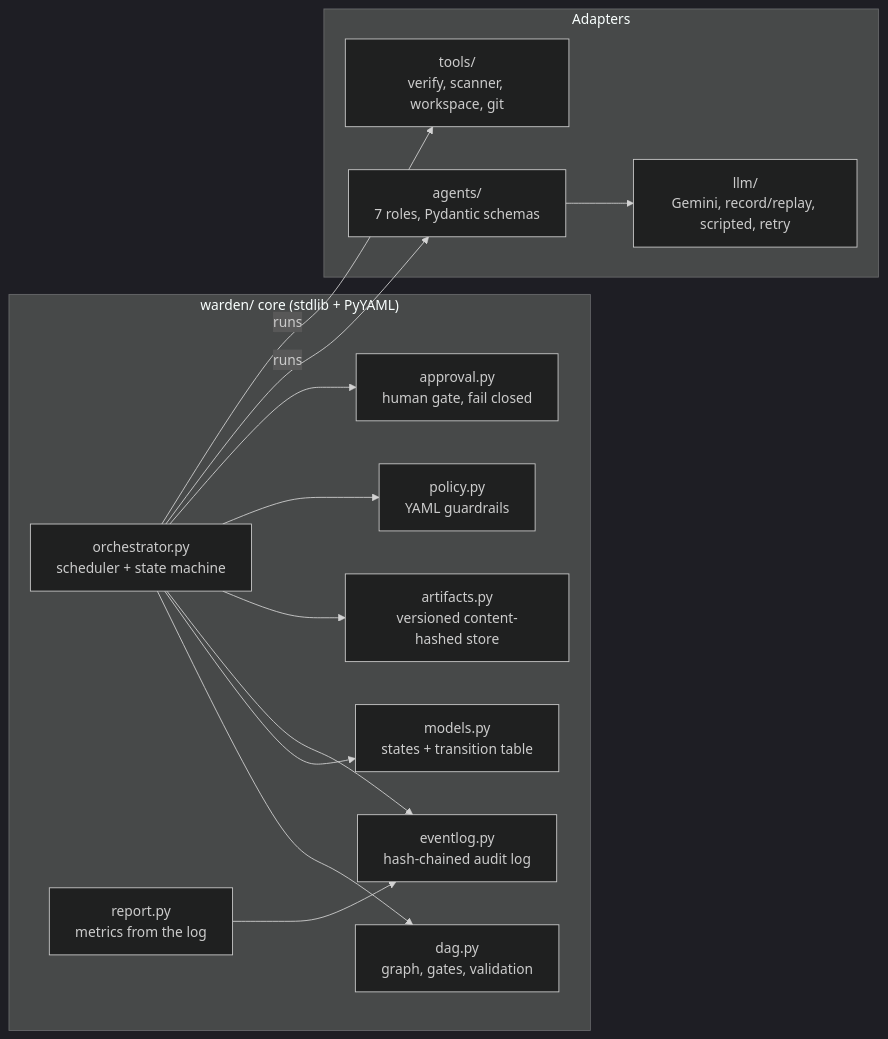
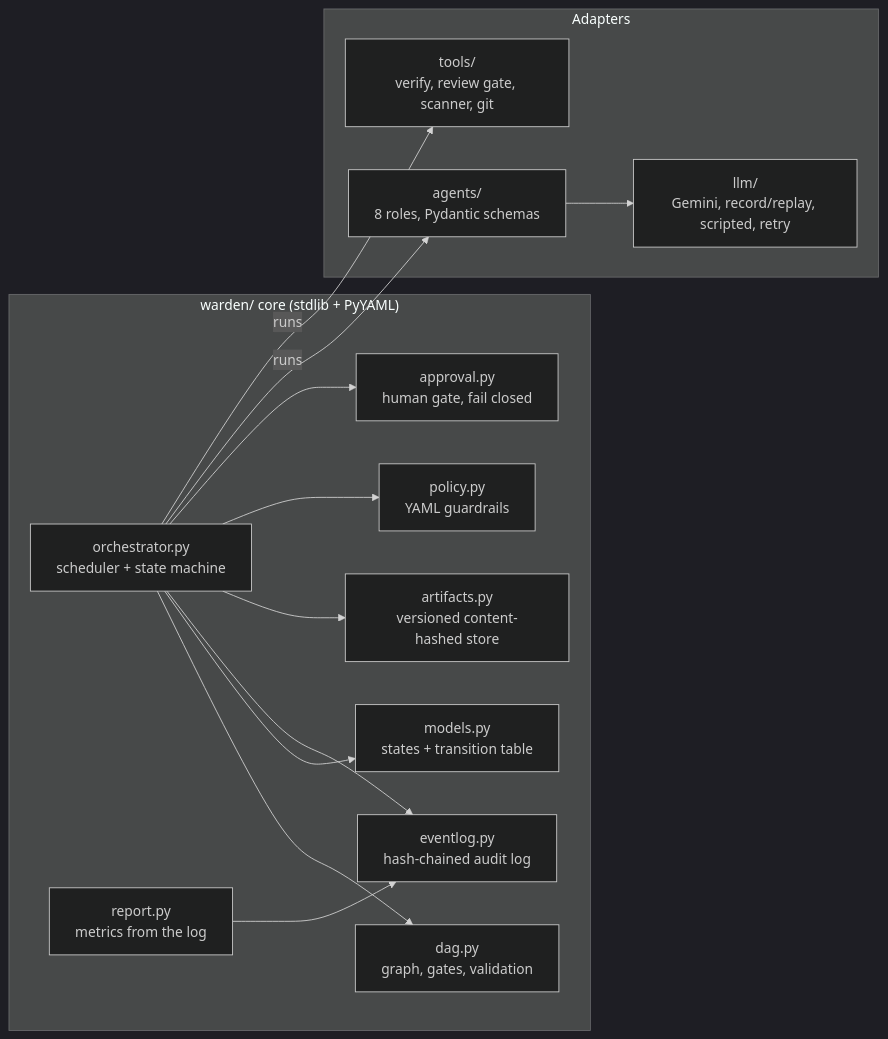
The first of 4 diagrams in docs/ARCHITECTURE.md (irishabh007/The-Orbit), drawn with Mermaid (dark theme) before and after one commit. The commit also changed other lines of this file and 9 other files, not shown here.

First line of the commit message:
Docs: final consistency pass across README, architecture and guides

````diff
--- a/docs/ARCHITECTURE.md
+++ b/docs/ARCHITECTURE.md
@@ -9,22 +9,22 @@
 ```mermaid
 graph LR
     subgraph Core["warden/ core (stdlib + PyYAML)"]
         ORCH[orchestrator.py<br/>scheduler + state machine]
         DAG[dag.py<br/>graph, gates, validation]
         MOD[models.py<br/>states + transition table]
         LOG[eventlog.py<br/>hash-chained audit log]
         ART[artifacts.py<br/>versioned content-hashed store]
         POL[policy.py<br/>YAML guardrails]
         APR[approval.py<br/>human gate, fail closed]
         REP[report.py<br/>metrics from the log]
     end
     subgraph Adapters
-        AG[agents/<br/>7 roles, Pydantic schemas]
+        AG[agents/<br/>8 roles, Pydantic schemas]
         LLM[llm/<br/>Gemini, record/replay, scripted, retry]
-        TL[tools/<br/>verify, scanner, workspace, git]
+        TL[tools/<br/>verify, review gate, scanner, git]
     end
     ORCH --> DAG & MOD & LOG & ART & POL & APR
     ORCH -->|runs| AG & TL
     AG --> LLM
     REP --> LOG
 ```
````
